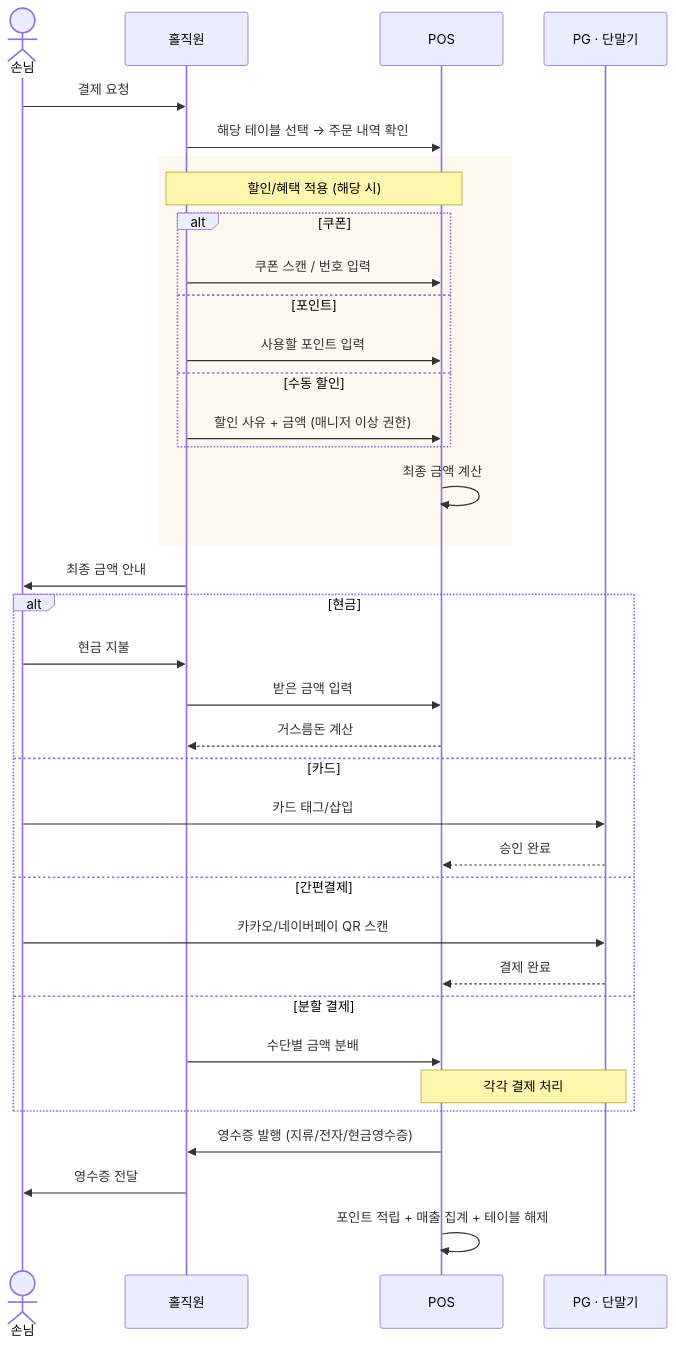
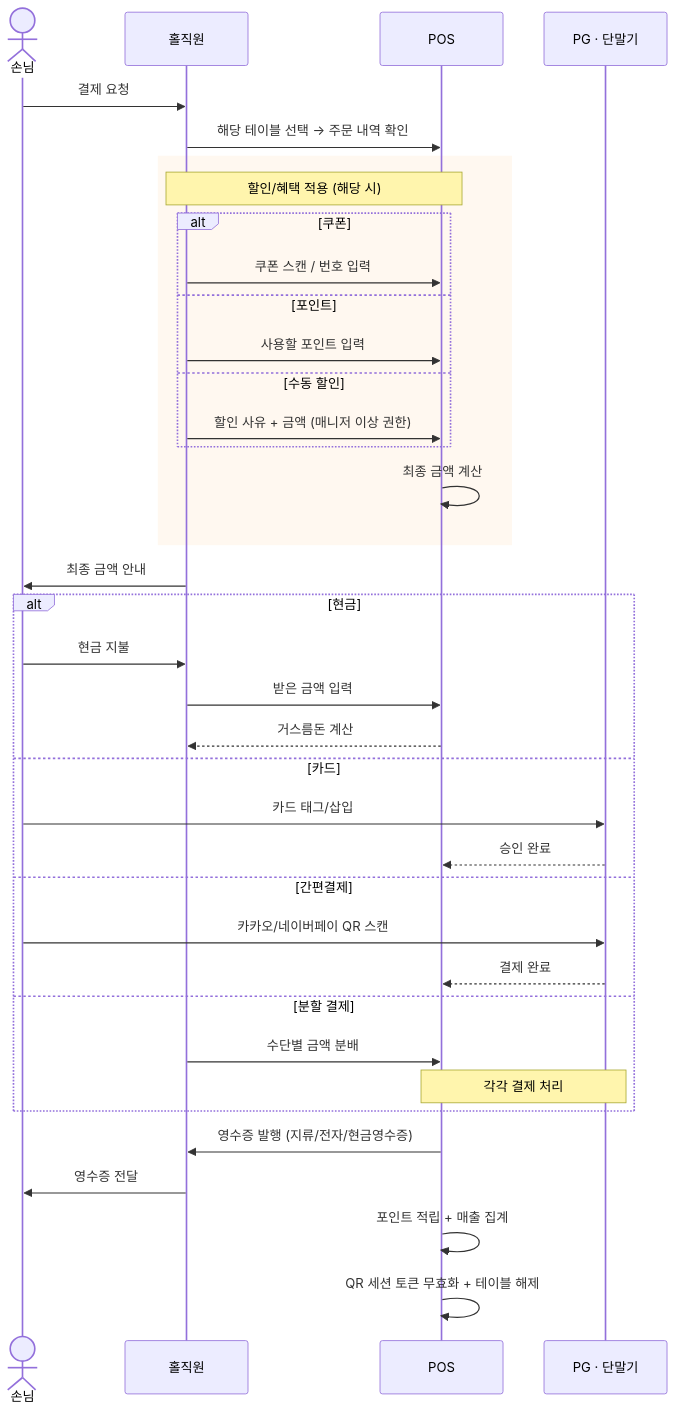
Before and after one commit to JangHyeonHo/ProjectSMS: the fifth of 13 diagrams in docs/08-workflow-diagrams.md, drawn with Mermaid. The commit also changed other lines of this file and 2 other files, not shown here.

````diff
--- a/docs/08-workflow-diagrams.md
+++ b/docs/08-workflow-diagrams.md
@@ -147,43 +161,44 @@
 ```mermaid
 sequenceDiagram
     actor 손님
     participant 홀직원
     participant POS
     participant PG as PG · 단말기
 
     손님->>홀직원: 결제 요청
     홀직원->>POS: 해당 테이블 선택 → 주문 내역 확인
 
     rect rgb(255, 248, 240)
         Note over 홀직원, POS: 할인/혜택 적용 (해당 시)
         alt 쿠폰
             홀직원->>POS: 쿠폰 스캔 / 번호 입력
         else 포인트
             홀직원->>POS: 사용할 포인트 입력
         else 수동 할인
             홀직원->>POS: 할인 사유 + 금액 (매니저 이상 권한)
         end
         POS->>POS: 최종 금액 계산
     end
 
     홀직원->>손님: 최종 금액 안내
 
     alt 현금
         손님->>홀직원: 현금 지불
         홀직원->>POS: 받은 금액 입력
         POS-->>홀직원: 거스름돈 계산
     else 카드
         손님->>PG: 카드 태그/삽입
         PG-->>POS: 승인 완료
     else 간편결제
         손님->>PG: 카카오/네이버페이 QR 스캔
         PG-->>POS: 결제 완료
     else 분할 결제
         홀직원->>POS: 수단별 금액 분배
         Note over POS, PG: 각각 결제 처리
     end
 
     POS->>홀직원: 영수증 발행 (지류/전자/현금영수증)
     홀직원->>손님: 영수증 전달
-    POS->>POS: 포인트 적립 + 매출 집계 + 테이블 해제
+    POS->>POS: 포인트 적립 + 매출 집계
+    POS->>POS: QR 세션 토큰 무효화 + 테이블 해제
 ```
````
